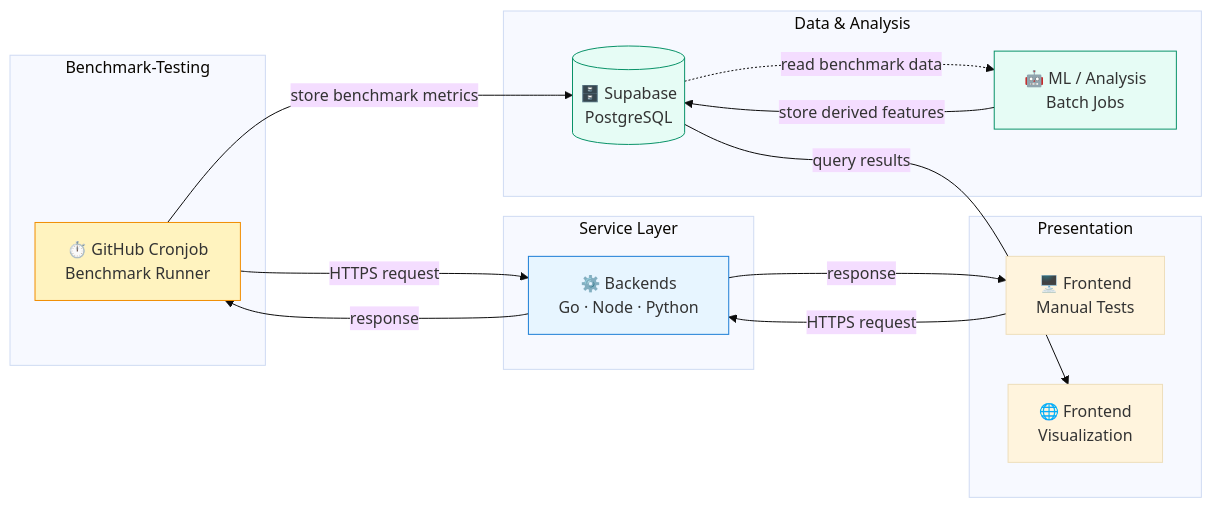
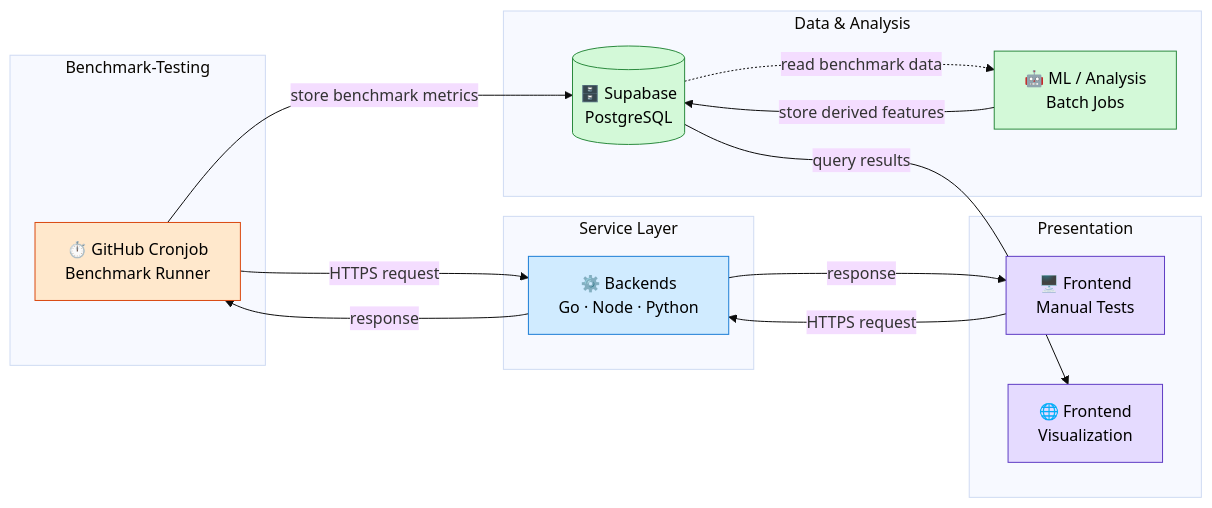
Before and after one commit to T-Al-D/fs-lab-overview: the diagram in README.md, drawn with Mermaid (base theme).

Commit message:
docs: correct mermaid style

````diff
--- a/README.md
+++ b/README.md
@@ -31,46 +31,46 @@
 ```mermaid
 flowchart LR
     Cron[⏱️ GitHub Cronjob<br/>Benchmark Runner]
     FE_Test[🖥️ Frontend<br/>Manual Tests]
     BE[⚙️ Backends<br/>Go · Node · Python]
     DB[(🗄️ Supabase<br/>PostgreSQL)]
     ML[🤖 ML / Analysis<br/>Batch Jobs]
     FE_View[🌐 Frontend<br/>Visualization]
 
     subgraph Presentation
     FE_Test
     FE_View
     end
 
     subgraph Service Layer
     BE
     end
 
     subgraph Data & Analysis
     DB
     ML
     end
 
     subgraph Benchmark-Testing
     Cron
     end
 
     FE_Test -->|HTTPS request| BE
     BE -->|response| FE_Test
     Cron -->|HTTPS request| BE
     BE -->|response| Cron
     Cron -->|store benchmark metrics| DB
     DB -.->|read benchmark data| ML
     ML -->|store derived features| DB
     DB -->|query results| FE_View
 
-    classDef benchmark fill:#fff3bf,stroke:#f08c00
-    classDef service fill:#e7f5ff,stroke:#1c7ed6
-    classDef data fill:#e6fcf5,stroke:#099268
-    classDef frontend fill:#f3f0ff,stroke:#7048e8
+    classDef benchmark fill:#ffe8cc,stroke:#d9480f,color:#000
+    classDef service fill:#d0ebff,stroke:#1c7ed6,color:#000
+    classDef data fill:#d3f9d8,stroke:#2b8a3e,color:#000
+    classDef frontend fill:#e5dbff,stroke:#5f3dc4,color:#000
 
     class Cron benchmark
     class BE service
     class DB,ML data
-    class FE frontend
+    class FE_Test,FE_View frontend
 ```
````
